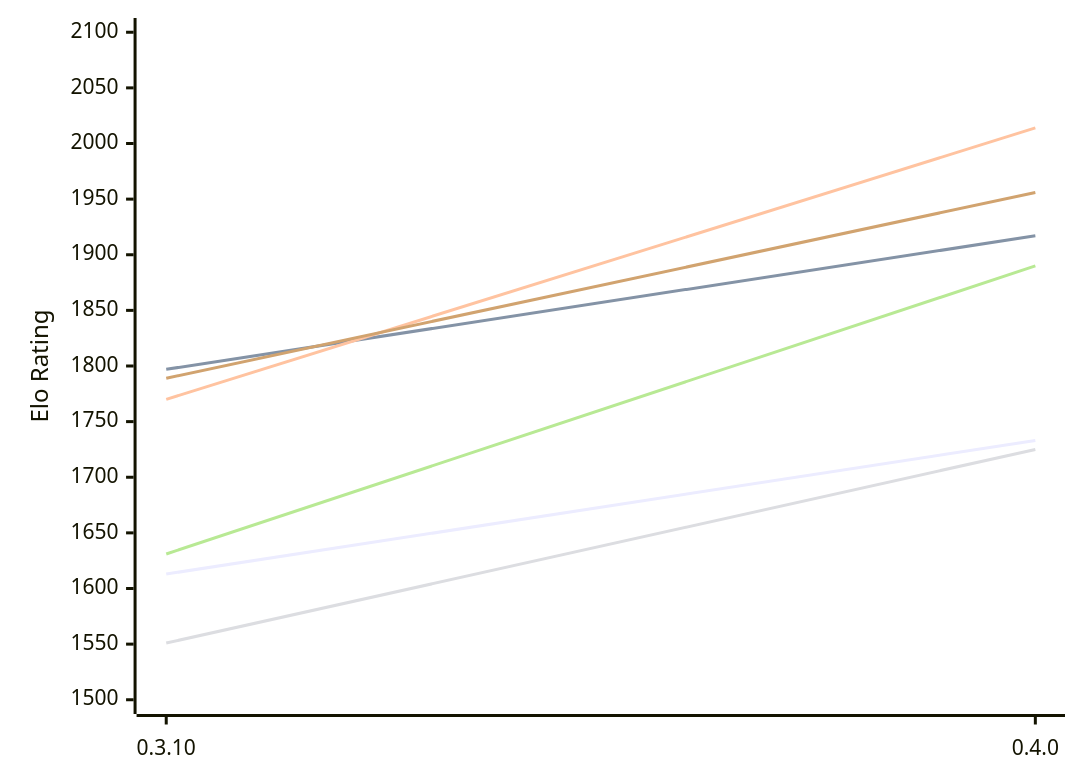
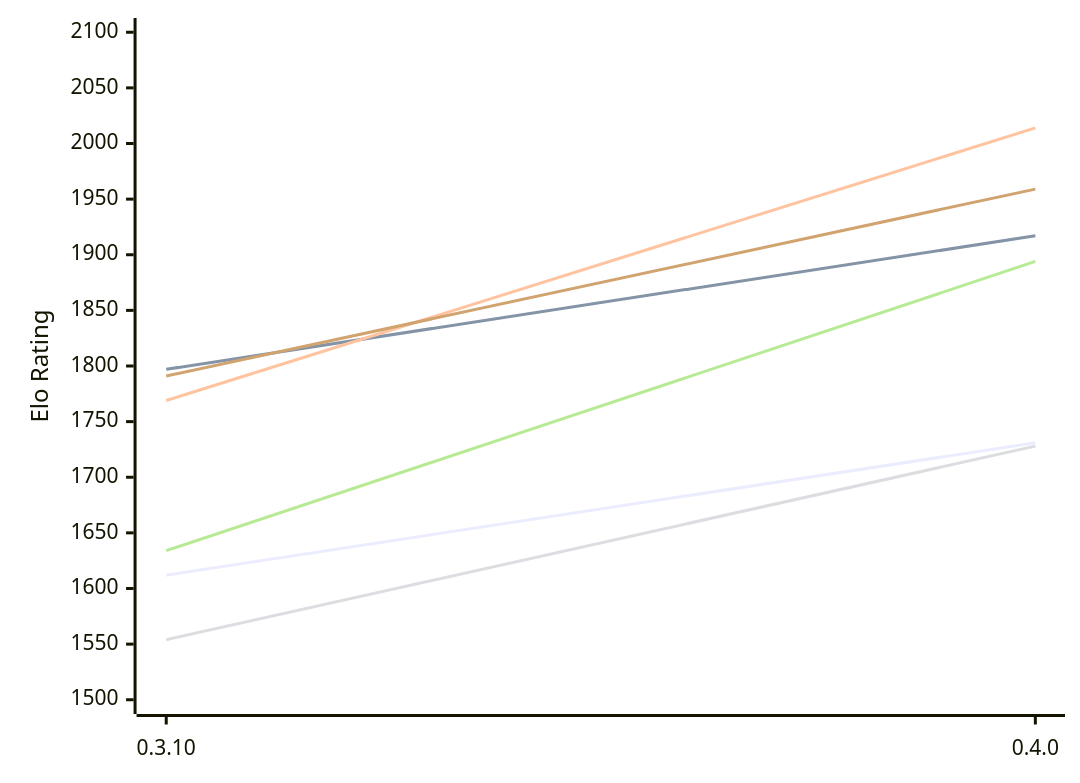
One commit to computer-chess-index/cci changed the first of 2 diagrams in engines/Arche.md. Above: the diagram before and after it, drawn with Mermaid. The commit also changed other lines of this file, not shown here.

Commit message:
Update CCI Ratings (ELO VLTC) - 2026-11-23

````diff
--- a/engines/Arche.md
+++ b/engines/Arche.md
@@ -53,12 +53,12 @@
 ```mermaid
 %%{init: {"theme":"base","themeVariables":{"seriesColors:['#a3a3a3','#222221','#faa371']}}}%%
 xychart-beta
   x-axis ["0.3.10", "0.4.0"]
   y-axis "Elo Rating" 1500 --> 2100
-  line "E1: STC (8.0+0.08s)" [1613, 1733]
+  line "E1: STC (8.0+0.08s)" [1612, 1731]
   line "E1: LTC (60.0+0.60s)" [1797, 1917]
-  line "E1: VLTC (2m24s+1.12s)" [1770, 2014]
-  line "P1: STC (8.0+0.08s)" [1551, 1725]
-  line "P1: LTC (60.0+0.60s)" [1631, 1890]
-  line "P1: VLTC (2m24s+1.12s)" [1789, 1956]
+  line "E1: VLTC (2m24s+1.12s)" [1769, 2014]
+  line "P1: STC (8.0+0.08s)" [1554, 1728]
+  line "P1: LTC (60.0+0.60s)" [1634, 1894]
+  line "P1: VLTC (2m24s+1.12s)" [1791, 1959]
 ```
````
